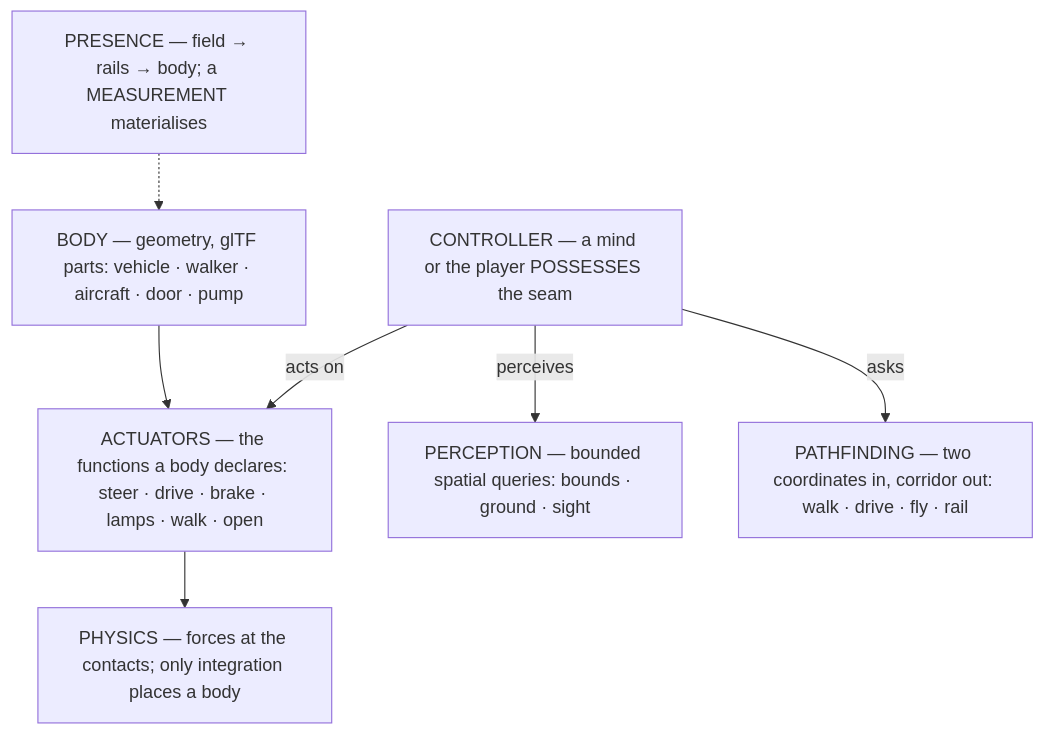
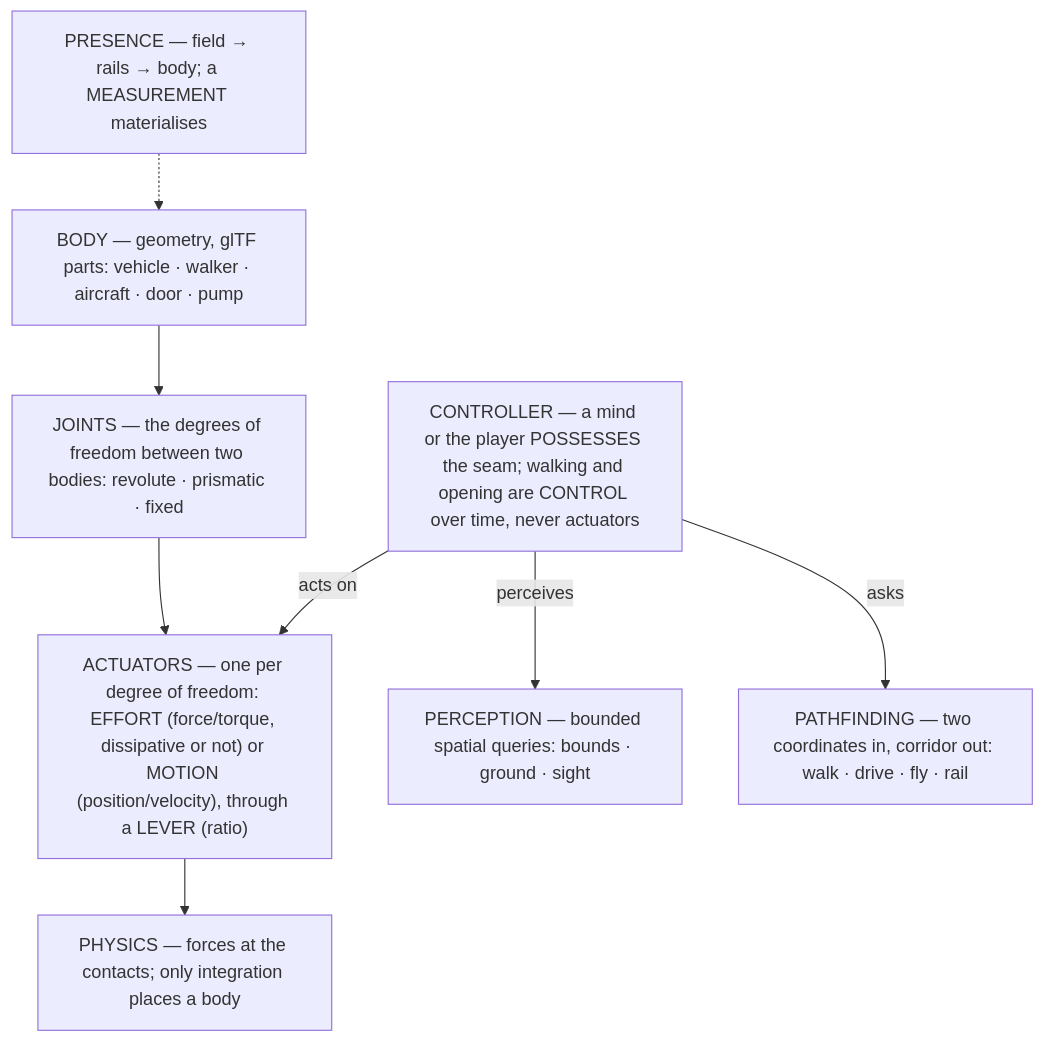
One commit to Weichwolf/outshine changed the second of 8 diagrams in CLAUDE.md. Above: the diagram before and after it, drawn with Mermaid. The commit also changed other lines of this file and 20 other files, not shown here.

````diff
--- a/CLAUDE.md
+++ b/CLAUDE.md
@@ -184,10 +204,11 @@
 ```mermaid
 flowchart TD
   B["BODY — geometry, glTF parts: vehicle · walker · aircraft · door · pump"]
-  B --> A["ACTUATORS — the functions a body declares: steer · drive · brake · lamps · walk · open"]
+  B --> J["JOINTS — the degrees of freedom between two bodies: revolute · prismatic · fixed"]
+  J --> A["ACTUATORS — one per degree of freedom: EFFORT (force/torque, dissipative or not) or MOTION (position/velocity), through a LEVER (ratio)"]
   A --> P["PHYSICS — forces at the contacts; only integration places a body"]
-  C["CONTROLLER — a mind or the player POSSESSES the seam"] -->|acts on| A
+  C["CONTROLLER — a mind or the player POSSESSES the seam; walking and opening are CONTROL over time, never actuators"] -->|acts on| A
   C -->|perceives| Q["PERCEPTION — bounded spatial queries: bounds · ground · sight"]
   C -->|asks| N["PATHFINDING — two coordinates in, corridor out: walk · drive · fly · rail"]
   PR["PRESENCE — field → rails → body; a MEASUREMENT materialises"] -.-> B
 ```
````
